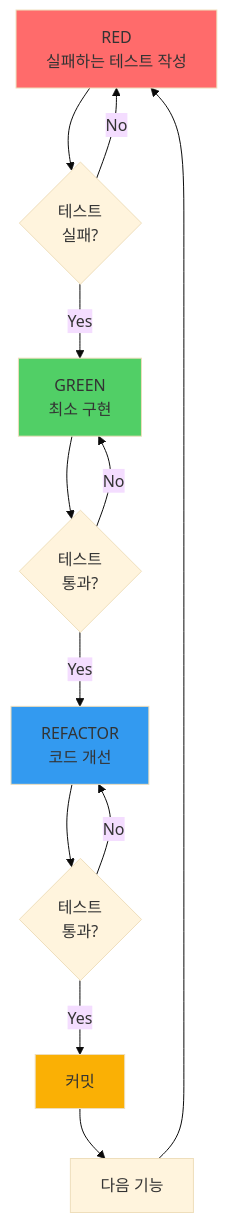
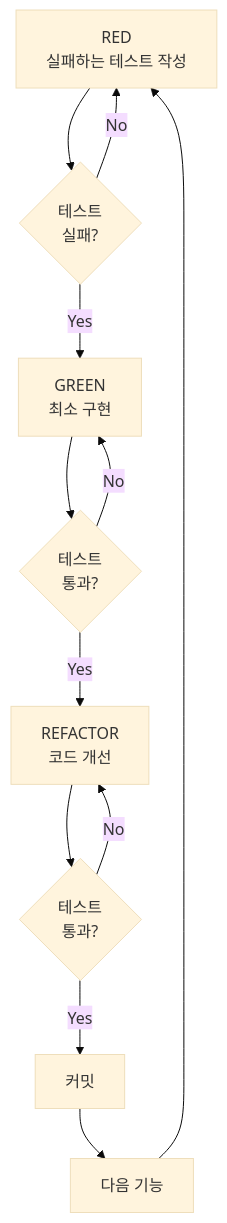
Before and after one commit to modu-ai/moai-adk: the second of 2 diagrams in docs/guide/spec-first-tdd.md, drawn with Mermaid (base theme). The commit also changed other lines of this file and 299 other files, not shown here.

First line of the commit message:
🎨 feat: Mermaid 다크/라이트 테마 대응 + trust-checker 통합

````diff
--- a/docs/guide/spec-first-tdd.md
+++ b/docs/guide/spec-first-tdd.md
@@ -30,19 +25,14 @@
 ```mermaid
 graph TD
     A[RED<br/>실패하는 테스트 작성] --> B{테스트<br/>실패?}
     B -->|Yes| C[GREEN<br/>최소 구현]
     B -->|No| A
     C --> D{테스트<br/>통과?}
     D -->|No| C
     D -->|Yes| E[REFACTOR<br/>코드 개선]
     E --> F{테스트<br/>통과?}
     F -->|No| E
     F -->|Yes| G[커밋]
     G --> H[다음 기능]
     H --> A
-
-    style A fill:#ff6b6b
-    style C fill:#51cf66
-    style E fill:#339af0
-    style G fill:#fab005
 ```
````
